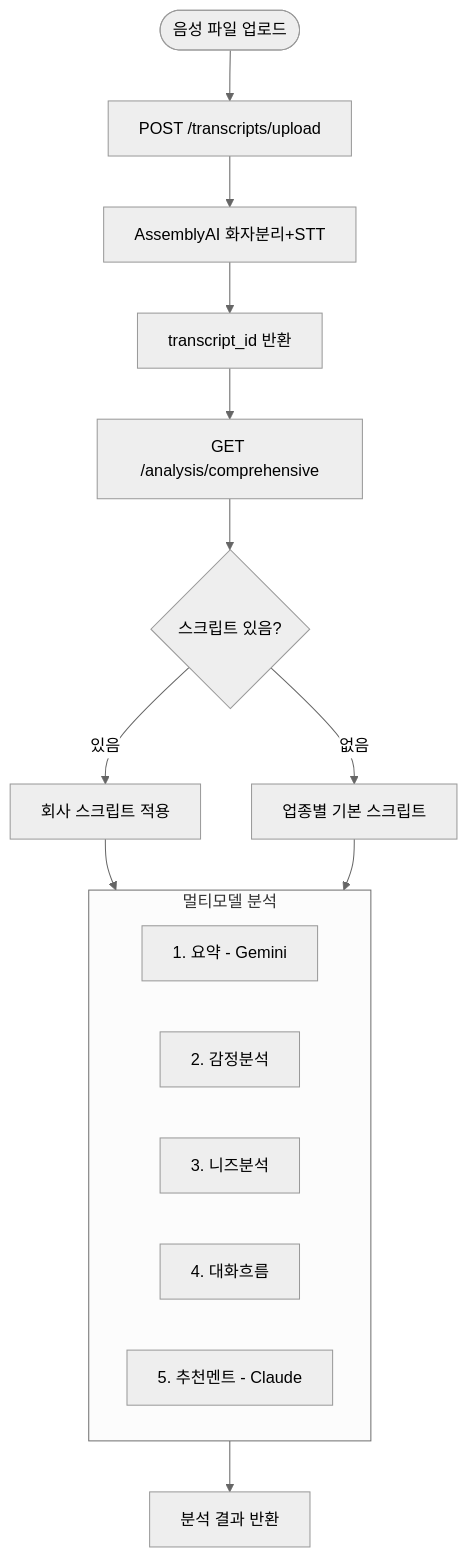
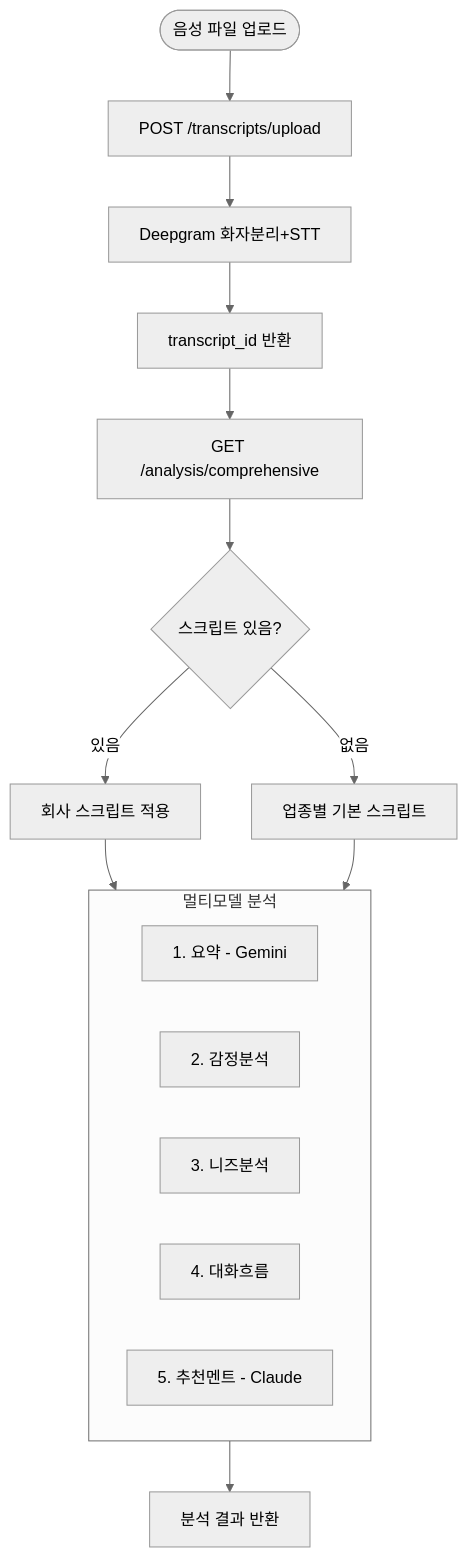
The second of 3 diagrams in docs/architecture_flowchart.md (callmateteam/callmate_BE), drawn with Mermaid (neutral theme) before and after one commit. The commit also changed other lines of this file and 15 other files, not shown here.

````diff
--- a/docs/architecture_flowchart.md
+++ b/docs/architecture_flowchart.md
@@ -58,25 +58,25 @@
 ```mermaid
 flowchart TD
     START([음성 파일 업로드]) --> UPLOAD["POST /transcripts/upload"]
-    UPLOAD --> STT["AssemblyAI 화자분리+STT"]
+    UPLOAD --> STT["Deepgram 화자분리+STT"]
     STT --> TRANS_ID["transcript_id 반환"]
 
     TRANS_ID --> ANALYSIS["GET /analysis/comprehensive"]
     ANALYSIS --> CHECK{스크립트 있음?}
 
     CHECK -->|있음| USE_SCRIPT["회사 스크립트 적용"]
     CHECK -->|없음| USE_INDUSTRY["업종별 기본 스크립트"]
 
     USE_SCRIPT --> MULTI["5단계 멀티모델 분석"]
     USE_INDUSTRY --> MULTI
 
     subgraph MULTI["멀티모델 분석"]
         STEP1["1. 요약 - Gemini"]
         STEP2["2. 감정분석"]
         STEP3["3. 니즈분석"]
         STEP4["4. 대화흐름"]
         STEP5["5. 추천멘트 - Claude"]
     end
 
     MULTI --> RESULT["분석 결과 반환"]
 ```
````
